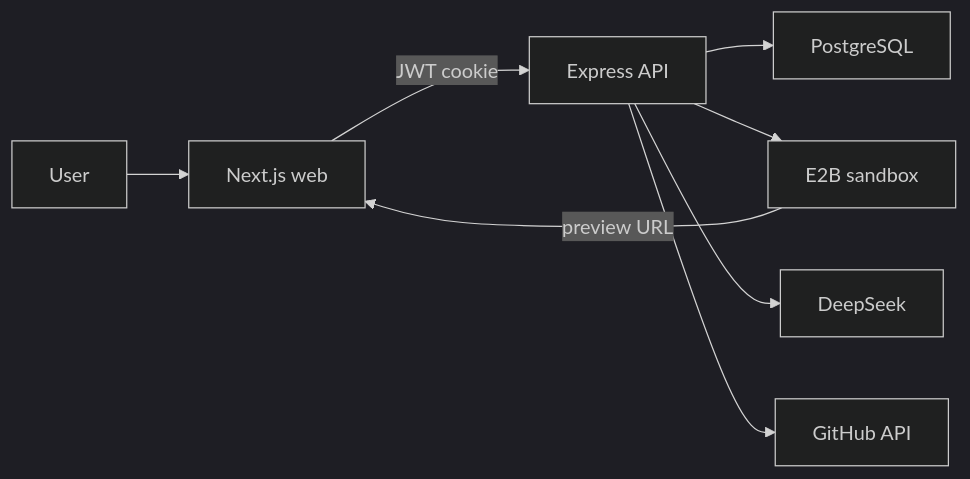
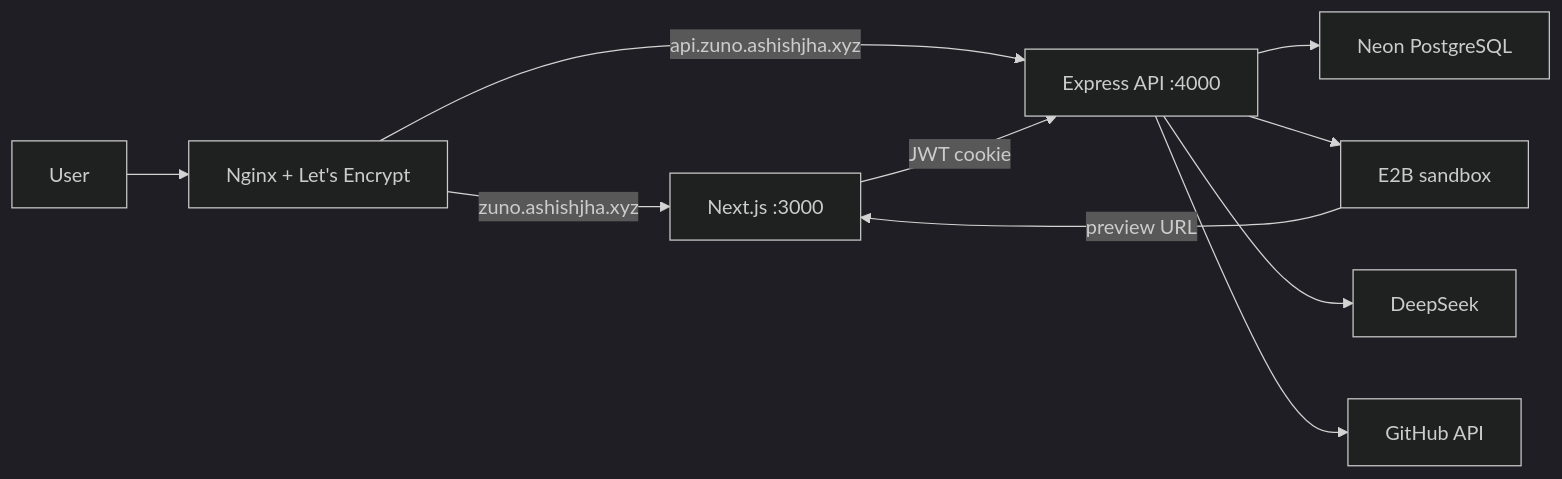
One commit to ashishxjhaa/Zuno changed the diagram in README.md. Above: the diagram before and after it, drawn with Mermaid (dark theme). The commit also changed other lines of this file, not shown here.

Commit message:
Document the self-hosted EC2, PM2, and Nginx production deploy in the README.

````diff
--- a/README.md
+++ b/README.md
@@ -147,10 +155,12 @@
 ```mermaid
 flowchart LR
-    user[User] --> web[Next.js web]
-    web -->|JWT cookie| api[Express API]
-    api --> postgres[PostgreSQL]
+    user[User] --> nginx[Nginx + Let's Encrypt]
+    nginx -->|zuno.ashishjha.xyz| web[Next.js :3000]
+    nginx -->|api.zuno.ashishjha.xyz| api[Express API :4000]
+    web -->|JWT cookie| api
+    api --> postgres[Neon PostgreSQL]
     api --> e2b[E2B sandbox]
     api --> deepseek[DeepSeek]
     api --> github[GitHub API]
     e2b -->|preview URL| web
 ```
````
